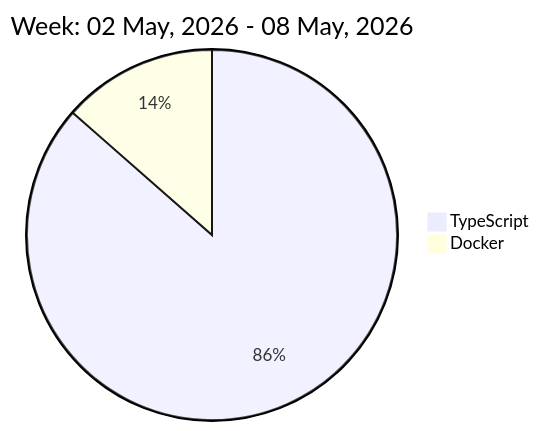
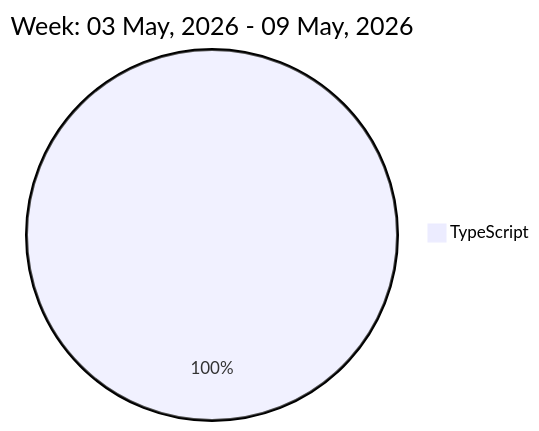
Before and after one commit to liubin95/liubin95: the diagram in README.md, drawn with Mermaid.

Commit message:
Updated the Graph with new Metrics

````diff
--- a/README.md
+++ b/README.md
@@ -32,6 +32,5 @@
 ```mermaid
  pie
-title Week: 02 May, 2026 - 08 May, 2026
- "TypeScript" : 8.18
- "Docker" : 1.28
+title Week: 03 May, 2026 - 09 May, 2026
+ "TypeScript" : 9.78
 ```
````
